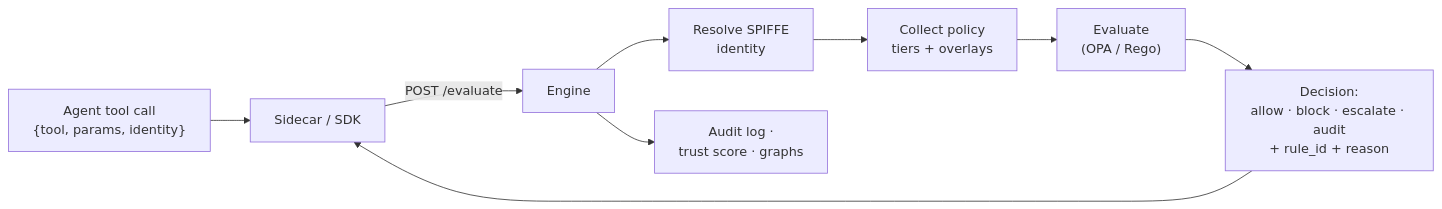
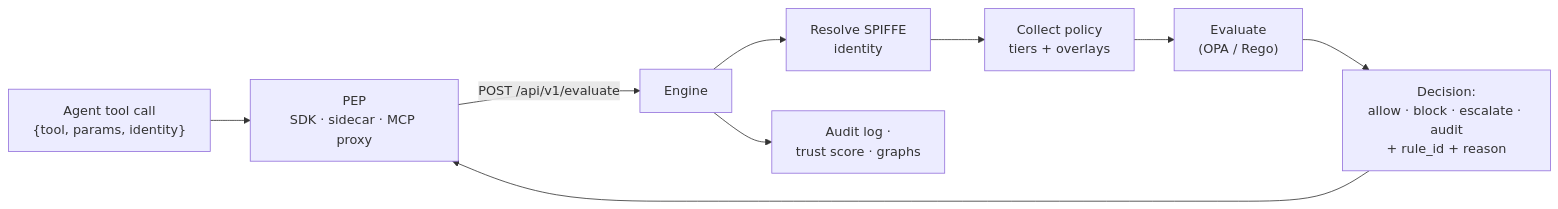
One commit to norviq-dev/norviq changed the first of 2 diagrams in docs/concepts.md. Above: the diagram before and after it, drawn with Mermaid. The commit also changed other lines of this file and 7 other files, not shown here.

````diff
--- a/docs/concepts.md
+++ b/docs/concepts.md
@@ -9,11 +10,11 @@
 ```mermaid
 flowchart LR
-    A["Agent tool call<br/>{tool, params, identity}"] --> P["Sidecar / SDK"]
-    P -->|POST /evaluate| E["Engine"]
+    A["Agent tool call<br/>{tool, params, identity}"] --> P["PEP<br/>SDK · sidecar · MCP proxy"]
+    P -->|POST /api/v1/evaluate| E["Engine"]
     E --> I["Resolve SPIFFE<br/>identity"]
     I --> C["Collect policy<br/>tiers + overlays"]
     C --> O["Evaluate<br/>(OPA / Rego)"]
     O --> R["Decision:<br/>allow · block · escalate · audit<br/>+ rule_id + reason"]
     R --> P
     E --> L["Audit log ·<br/>trust score · graphs"]
 ```
````
